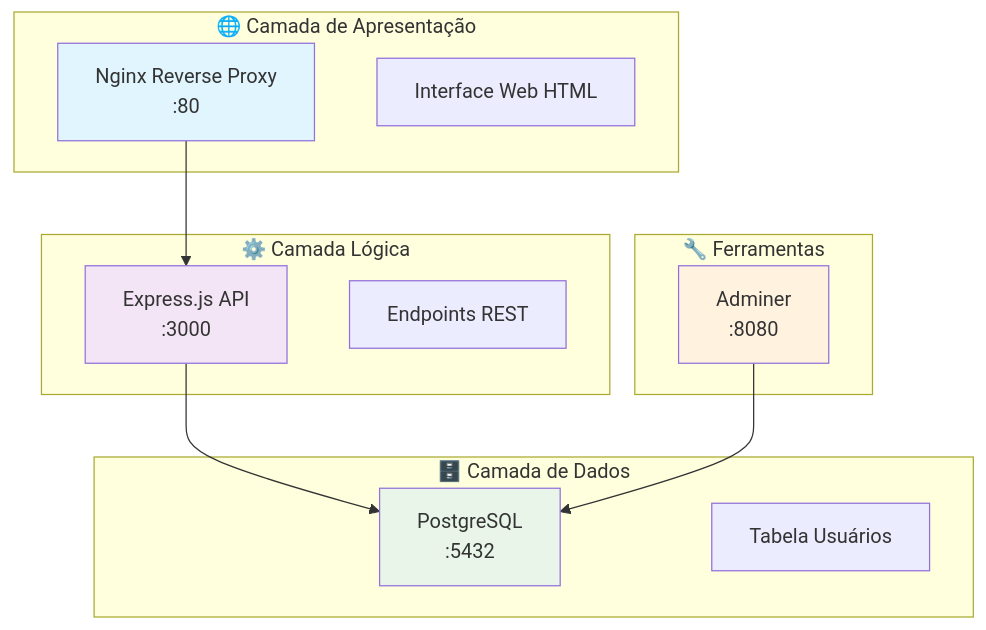
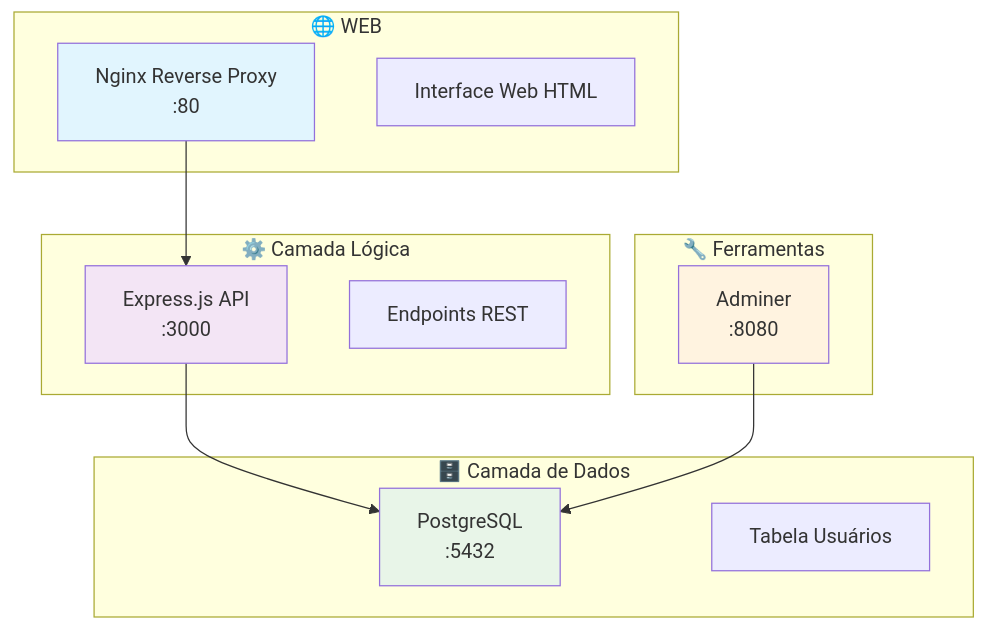
The diagram in README.md (WellinghtonP/Redes2), drawn with Mermaid before and after one commit. The commit also changed other lines of this file, not shown here.

````diff
--- a/README.md
+++ b/README.md
@@ -12,30 +12,30 @@
 ```mermaid
 graph TB
-    subgraph "🌐 Camada de Apresentação"
+    subgraph "🌐 WEB"
         A[Nginx Reverse Proxy<br/>:80]
         B[Interface Web HTML]
     end
     
     subgraph "⚙️ Camada Lógica"
         C[Express.js API<br/>:3000]
         D[Endpoints REST]
     end
     
     subgraph "🗄️ Camada de Dados"
         E[PostgreSQL<br/>:5432]
         F[Tabela Usuários]
     end
     
     subgraph "🔧 Ferramentas"
         G[Adminer<br/>:8080]
     end
     
     A --> C
     C --> E
     G --> E
     
     style A fill:#e1f5fe
     style C fill:#f3e5f5
     style E fill:#e8f5e8
     style G fill:#fff3e0
 ```
````
